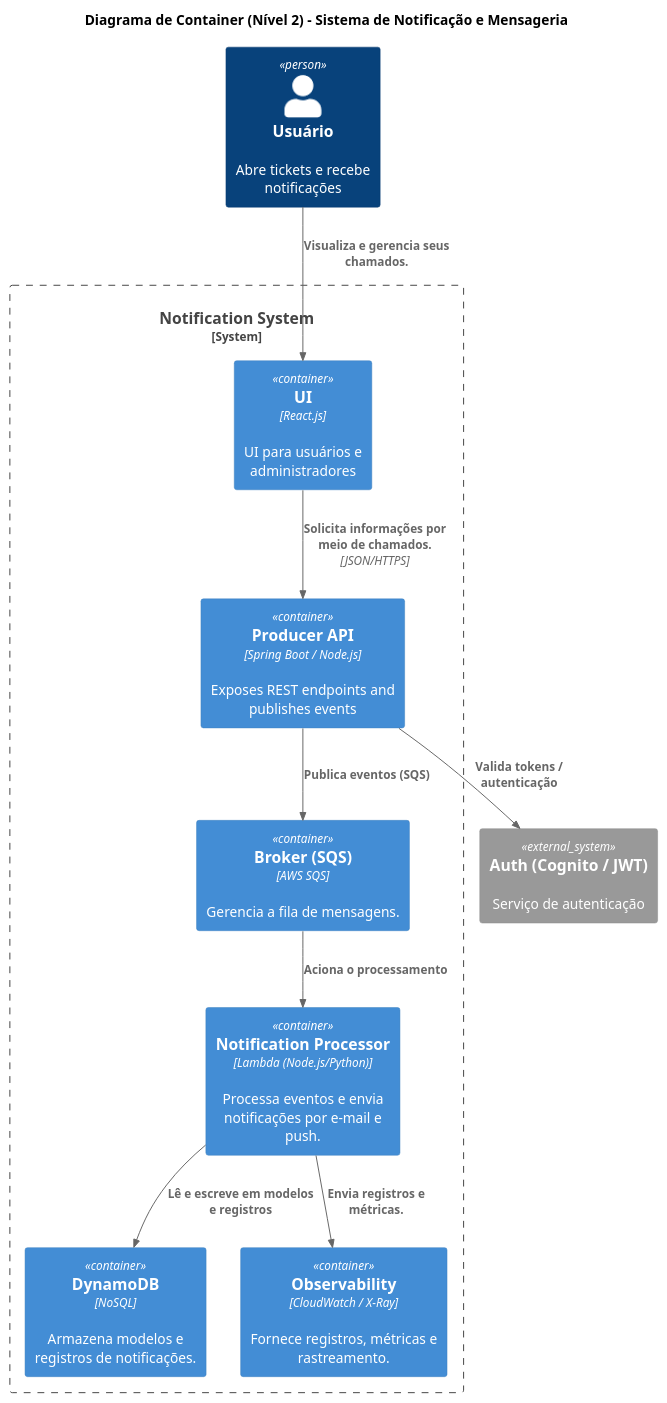
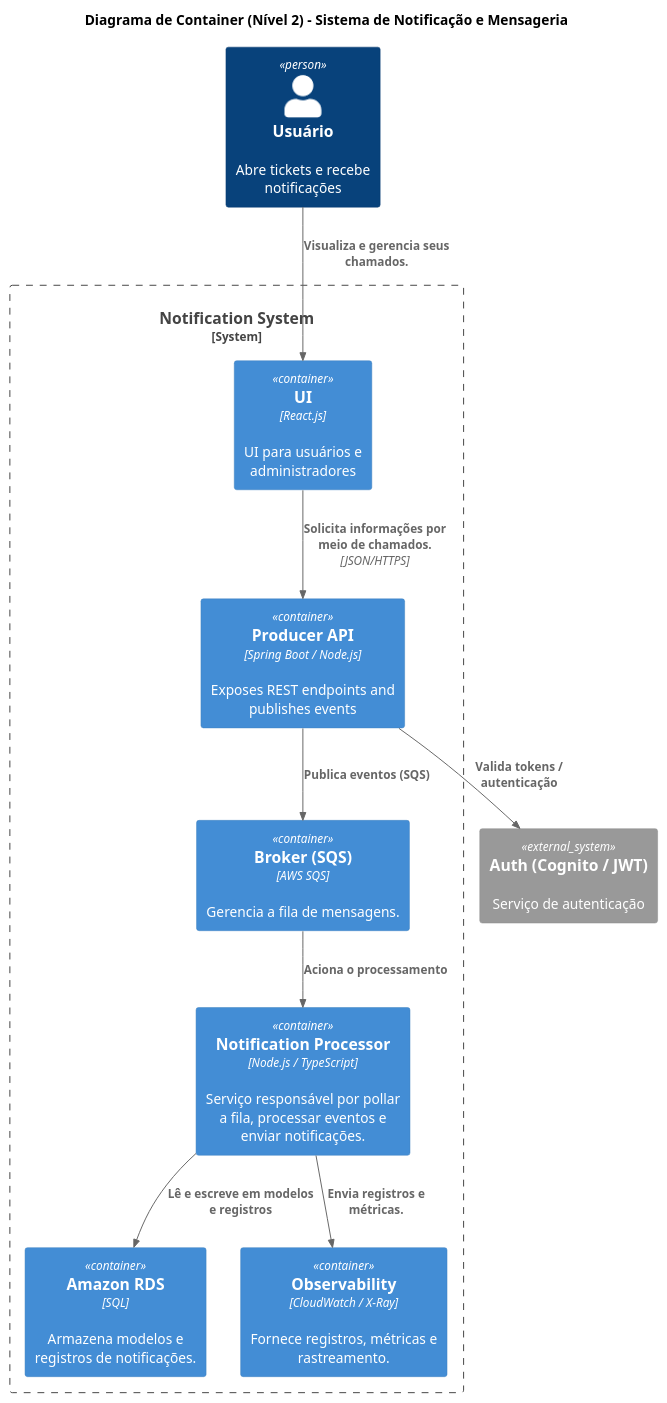
Before and after one commit to MiqueiasBento/Sistema-de-Notificacao-e-Mensageria: the diagram in documentacao/C4/container.puml, drawn with PlantUML. The commit also changed 11 other files, not shown here.

```diff
--- a/documentacao/C4/container.puml
+++ b/documentacao/C4/container.puml
@@ -1,26 +1,26 @@
 @startuml HelpDesk_Containers
 !include https://raw.githubusercontent.com/plantuml-stdlib/C4-PlantUML/master/C4_Container.puml
 
 title Diagrama de Container (Nível 2) - Sistema de Notificação e Mensageria
 
 Person(user, "Usuário", "Abre tickets e recebe notificações")
 
 System_Boundary(system, "Notification System") {
   Container(UI, "UI", "React.js", "UI para usuários e administradores")
   Container(producer, "Producer API", "Spring Boot / Node.js", "Exposes REST endpoints and publishes events")
   Container(sqs, "Broker (SQS)", "AWS SQS", "Gerencia a fila de mensagens.")
-  Container(notificationProcessor, "Notification Processor", "Lambda (Node.js/Python)", "Processa eventos e envia notificações por e-mail e push.")
-  Container(db, "DynamoDB", "NoSQL", "Armazena modelos e registros de notificações.")
+  Container(notificationProcessor, "Notification Processor", "Node.js / TypeScript", "Serviço responsável por pollar a fila, processar eventos e enviar notificações.")
+  Container(db, "Amazon RDS", "SQL", "Armazena modelos e registros de notificações.")
   Container(obs, "Observability", "CloudWatch / X-Ray", "Fornece registros, métricas e rastreamento.")
 }
 System_Ext(auth, "Auth (Cognito / JWT)", "Serviço de autenticação")
 
 Rel(user, UI , "Visualiza e gerencia seus chamados.")
 Rel(UI, producer, "Solicita informações por meio de chamados.", "JSON/HTTPS")
 Rel(producer, sqs, "Publica eventos (SQS)")
 Rel(sqs, notificationProcessor, "Aciona o processamento")
 Rel(notificationProcessor, db, "Lê e escreve em modelos e registros")
 Rel(notificationProcessor, obs, "Envia registros e métricas.")
 Rel(producer, auth, "Valida tokens / autenticação")
 
 @enduml
```
